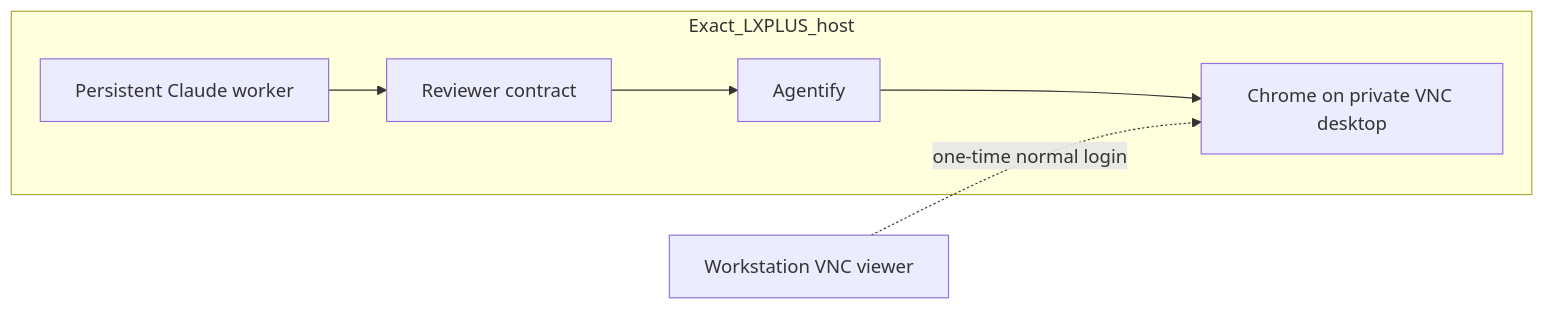
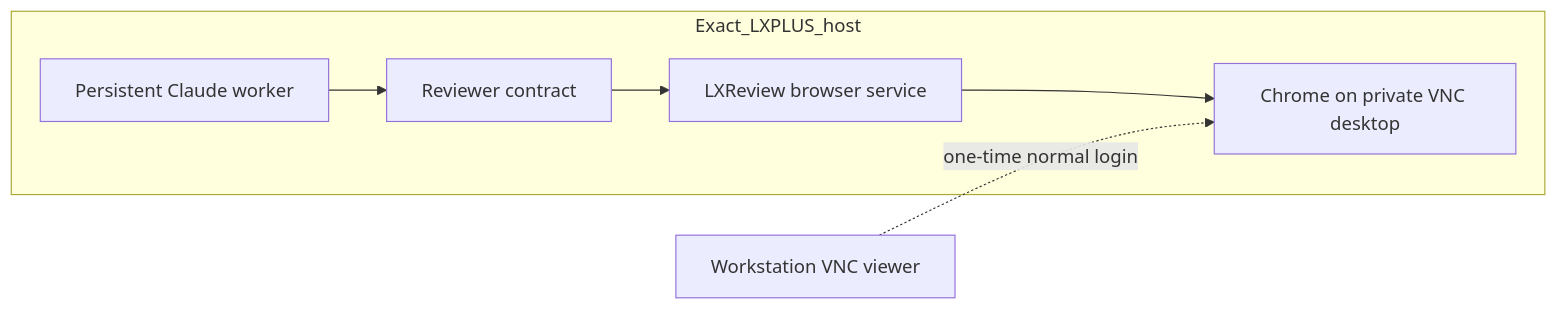
The second of 2 diagrams in README.md (jbeirer/lxreview), drawn with Mermaid before and after one commit. The commit also changed other lines of this file and 34 other files, not shown here.

Commit message:
Replace Agentify with an LXReview-owned Playwright browser

````diff
--- a/README.md
+++ b/README.md
@@ -45,8 +45,8 @@
 ```mermaid
 flowchart LR
   subgraph Exact_LXPLUS_host
     Worker[Persistent Claude worker] --> Reviewer[Reviewer contract]
-    Reviewer --> Agentify --> Chrome[Chrome on private VNC desktop]
+    Reviewer --> Service[LXReview browser service] --> Chrome[Chrome on private VNC desktop]
   end
   Laptop[Workstation VNC viewer] -. one-time normal login .-> Chrome
 ```
````
